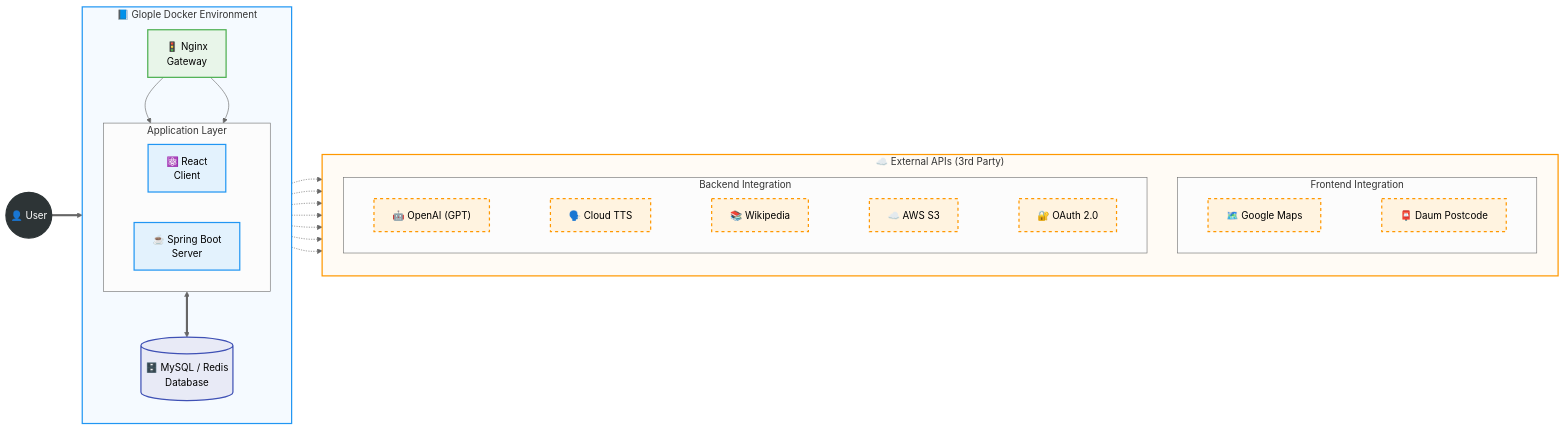
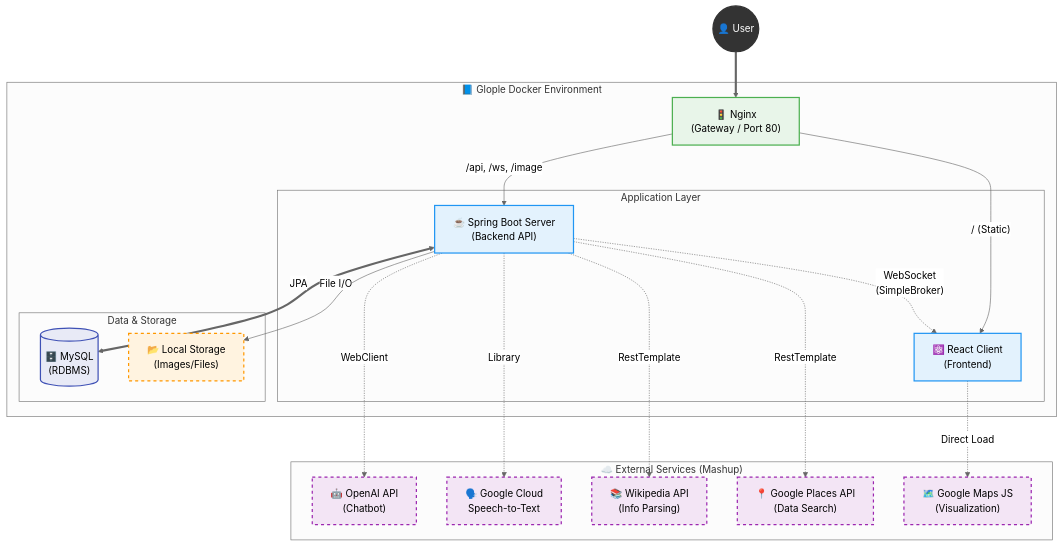
Before and after one commit to yss9/Glople: the diagram in README.md, drawn with Mermaid (neutral theme). The commit also changed other lines of this file, not shown here.

````diff
--- a/README.md
+++ b/README.md
@@ -53,91 +53,74 @@
 ```mermaid
-graph LR
+graph TD
     %% ==========================================
-    %% 1. 사용자 (진입점)
+    %% 1. 스타일 정의 (가독성 최적화)
     %% ==========================================
-    User(("👤 User"))
+    classDef user fill:#333333,stroke:#333333,stroke-width:2px,color:#ffffff
+    classDef gateway fill:#E8F5E9,stroke:#4CAF50,stroke-width:2px,color:#000000
+    classDef app fill:#E3F2FD,stroke:#2196F3,stroke-width:2px,color:#000000
+    classDef db fill:#E8EAF6,stroke:#3F51B5,stroke-width:2px,color:#000000
+    classDef storage fill:#FFF3E0,stroke:#FF9800,stroke-width:2px,color:#000000,stroke-dasharray: 5 5
+    classDef ext fill:#F3E5F5,stroke:#9C27B0,stroke-width:2px,color:#000000,stroke-dasharray: 5 5
 
     %% ==========================================
-    %% 2. [왼쪽] Glople 내부 시스템
+    %% 2. 구조 정의
     %% ==========================================
-    subgraph Internal_System ["📘 Glople Docker Environment"]
-        direction TB
+    
+    %% 사용자
+    User((👤 User)):::user
+
+    %% Docker 환경 (메인 시스템)
+    subgraph Docker_Env ["📘 Glople Docker Environment"]
         
-        %% Gateway
-        Nginx["🚦 Nginx<br>Gateway"]
-        
-        %% App Layer
-        subgraph Apps ["Application Layer"]
-            direction LR
-            React["⚛️ React<br>Client"]
-            Spring["☕ Spring Boot<br>Server"]
+        %% 게이트웨이
+        Nginx["🚦 Nginx<br>(Gateway / Port 80)"]:::gateway
+
+        %% 애플리케이션 계층
+        subgraph App_Layer ["Application Layer"]
+            React["⚛️ React Client<br>(Frontend)"]:::app
+            Spring["☕ Spring Boot Server<br>(Backend API)"]:::app
         end
-        
-        %% Data Layer
-        MySQL[("🗄️ MySQL / Redis<br>Database")]
+
+        %% 데이터 & 스토리지 계층
+        subgraph Data_Layer ["Data & Storage"]
+            MySQL[("🗄️ MySQL<br>(RDBMS)")]:::db
+            LocalFS["📂 Local Storage<br>(Images/Files)"]:::storage
+        end
+    end
+
+    %% 외부 API (매시업)
+    subgraph External_APIs ["☁️ External Services (Mashup)"]
+        OpenAI["🤖 OpenAI API<br>(Chatbot)"]:::ext
+        GoogleTTS["🗣️ Google Cloud<br>Speech-to-Text"]:::ext
+        Wiki["📚 Wikipedia API<br>(Info Parsing)"]:::ext
+        GPlaces["📍 Google Places API<br>(Data Search)"]:::ext
+        GMaps["🗺️ Google Maps JS<br>(Visualization)"]:::ext
     end
 
     %% ==========================================
-    %% 3. [오른쪽] 외부 API (강제 가로 배치)
+    %% 3. 연결 흐름
     %% ==========================================
-    subgraph External_Services ["☁️ External APIs (3rd Party)"]
-        direction TB
-        
-        %% Frontend 연동
-        subgraph FE_Ext ["Frontend Integration"]
-            direction LR
-            GMap["🗺️ Google Maps"] ~~~ Daum["📮 Daum Postcode"]
-        end
 
-        %% Backend 연동
-        subgraph BE_Ext ["Backend Integration"]
-            direction LR
-            %% 보이지 않는 선(~~~)으로 가로 정렬 강제
-            OpenAI["🤖 OpenAI (GPT)"] ~~~ TTS["🗣️ Cloud TTS"] ~~~ Wiki["📚 Wikipedia"] ~~~ S3["☁️ AWS S3"] ~~~ OAuth["🔐 OAuth 2.0"]
-        end
-    end
-
-    %% ==========================================
-    %% 4. 데이터 흐름 (연결선)
-    %% ==========================================
-    
-    %% User -> System
+    %% 진입
     User ==> Nginx
 
-    %% Internal Flow
-    Nginx --> React
-    Nginx --> Spring
-    Spring <==> MySQL
+    %% 라우팅
+    Nginx -->|"/ (Static)"| React
+    Nginx -->|"/api, /ws, /image"| Spring
 
-    %% React -> External
-    React -.-> GMap
-    React -.-> Daum
+    %% 내부 로직
+    Spring <==>|"JPA"| MySQL
+    Spring -->|"File I/O"| LocalFS
+    
+    %% 실시간 통신 (내장 브로커)
+    Spring -.->|"WebSocket<br>(SimpleBroker)"| React
 
-    %% Spring -> External
-    Spring -.-> OpenAI
-    Spring -.-> TTS
-    Spring -.-> Wiki
-    Spring -.-> S3
-    Spring -.-> OAuth
+    %% Frontend -> External
+    React -.->|"Direct Load"| GMaps
 
-    %% ==========================================
-    %% 5. 스타일 정의
-    %% ==========================================
-    classDef user fill:#2d3436,stroke:#2d3436,stroke-width:2px,color:#ffffff
-    classDef internal fill:#e3f2fd,stroke:#2196f3,stroke-width:2px,color:#000000
-    classDef nginx fill:#e8f5e9,stroke:#4caf50,stroke-width:2px,color:#000000
-    classDef db fill:#e8eaf6,stroke:#3f51b5,stroke-width:2px,color:#000000
-    classDef ext fill:#fff3e0,stroke:#ff9800,stroke-width:2px,color:#000000,stroke-dasharray: 5 5
-    classDef box fill:#ffffff,stroke:#666666,stroke-width:2px,color:#000000
-
-    %% 클래스 적용
-    class User user
-    class Nginx nginx
-    class React,Spring internal
-    class MySQL db
-    class GMap,Daum,OpenAI,TTS,Wiki,S3,OAuth ext
-    
-    %% 서브그래프 스타일
-    style Internal_System fill:#f5faff,stroke:#2196f3,stroke-width:2px
-    style External_Services fill:#fffbf5,stroke:#ff9800,stroke-width:2px
+    %% Backend -> External (Integration)
+    Spring -.->|"WebClient"| OpenAI
+    Spring -.->|"Library"| GoogleTTS
+    Spring -.->|"RestTemplate"| Wiki
+    Spring -.->|"RestTemplate"| GPlaces
 ```
````
